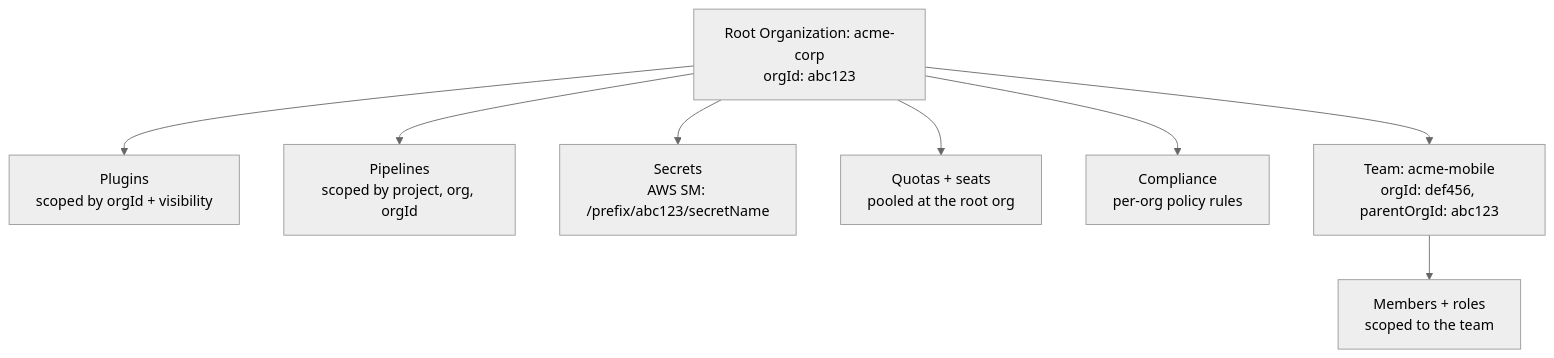
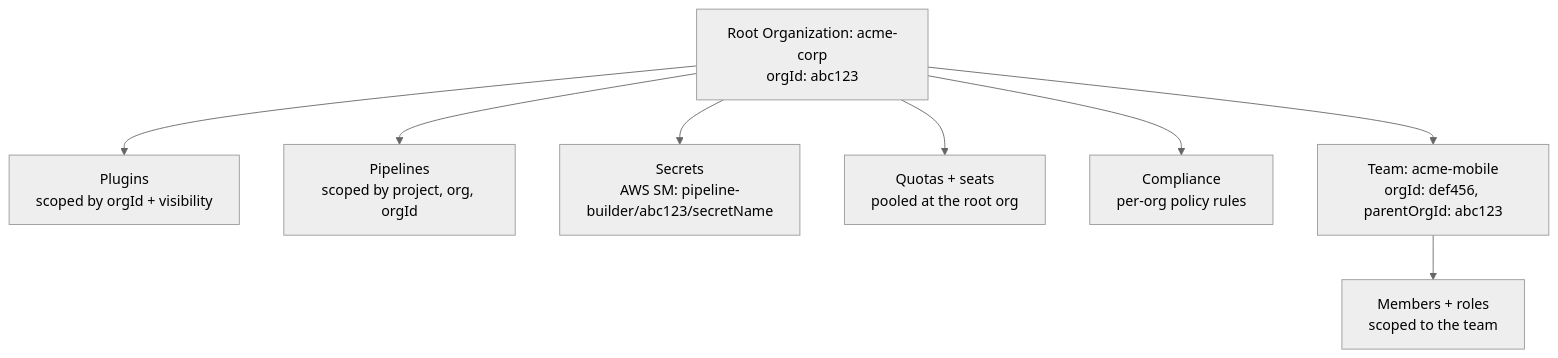
Before and after one commit to mwashburn160/pipeline-builder: diagram 11 of 11 in docs/architecture-flow.md, drawn with Mermaid (neutral theme). The commit also changed other lines of this file and 298 other files, not shown here.

````diff
--- a/docs/architecture-flow.md
+++ b/docs/architecture-flow.md
@@ -428,11 +435,11 @@
 ```mermaid
 flowchart TB
     ROOT[Root Organization: acme-corp<br/>orgId: abc123]
     ROOT --> PLUG[Plugins<br/>scoped by orgId + visibility]
     ROOT --> PIPE[Pipelines<br/>scoped by project, org, orgId]
-    ROOT --> SEC[Secrets<br/>AWS SM: /prefix/abc123/secretName]
+    ROOT --> SEC[Secrets<br/>AWS SM: pipeline-builder/abc123/secretName]
     ROOT --> QUO[Quotas + seats<br/>pooled at the root org]
     ROOT --> COMP[Compliance<br/>per-org policy rules]
     ROOT --> TEAM[Team: acme-mobile<br/>orgId: def456, parentOrgId: abc123]
     TEAM --> TMEM[Members + roles<br/>scoped to the team]
 ```
````
